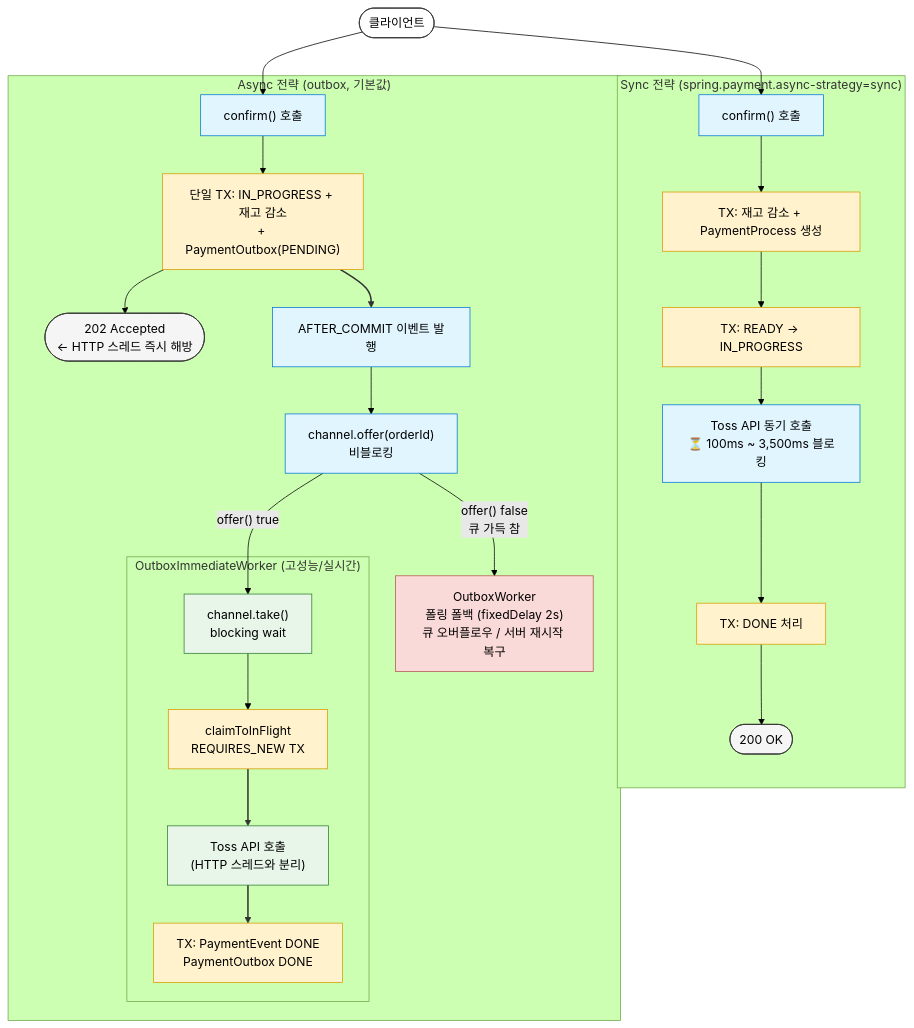
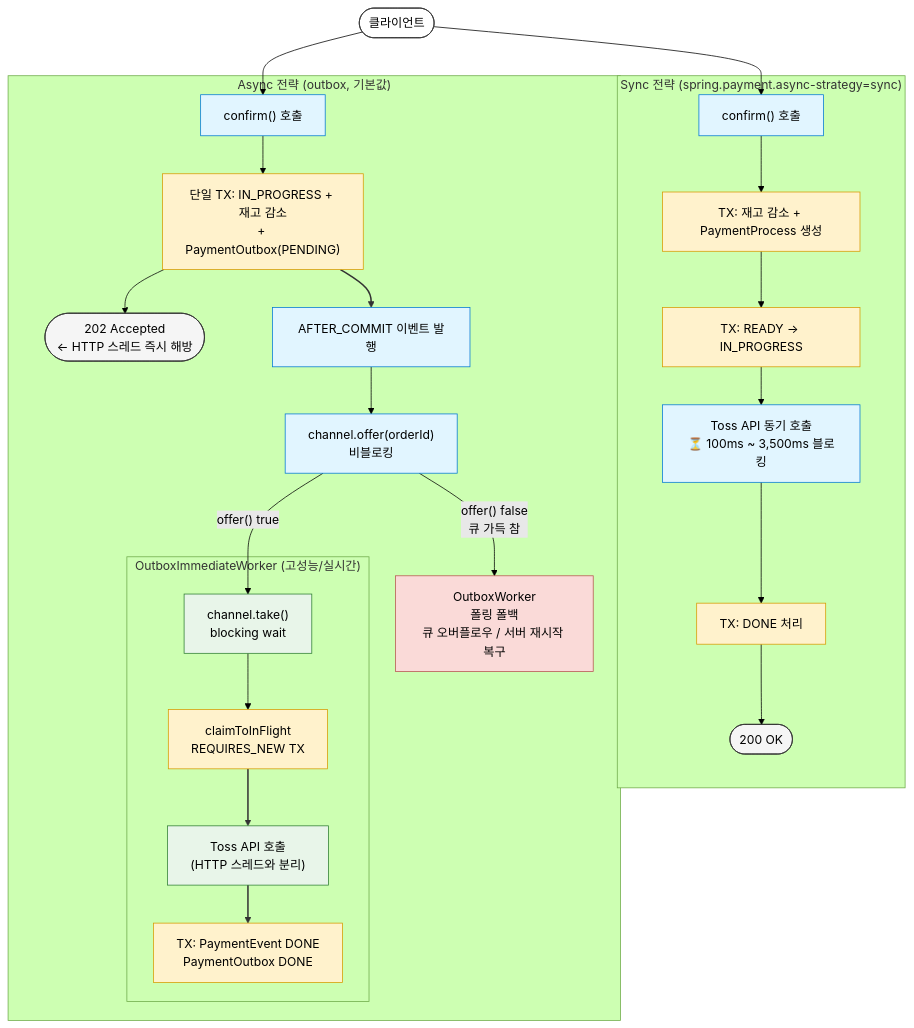
Before and after one commit to hyoguoo/payment-platform: the first of 5 diagrams in README.md, drawn with Mermaid (forest theme). The commit also changed other lines of this file, not shown here.

````diff
--- a/README.md
+++ b/README.md
@@ -38,48 +38,48 @@
 ```mermaid
 flowchart TD
 %% 클래스 정의 (가독성 및 역할 구분)
     classDef client fill: #FFFFFF, stroke: #333, color: #000
     classDef process fill: #E1F5FF, stroke: #0078D4, color: #000
     classDef tx fill: #FFF2CC, stroke: #D79B00, color: #000
     classDef worker fill: #E8F5E9, stroke: #2E7D32, color: #000
     classDef fallback fill: #FADAD8, stroke: #B85450, color: #000
     classDef response fill: #F5F5F5, stroke: #333, color: #000
     Client(["클라이언트"]):::client
 
     subgraph Sync["Sync 전략 (spring.payment.async-strategy=sync)"]
         S1["confirm() 호출"]:::process
         S2["TX: 재고 감소 + PaymentProcess 생성"]:::tx
         S3["TX: READY → IN_PROGRESS"]:::tx
         S4["Toss API 동기 호출\n⏳ 100ms ~ 3,500ms 블로킹"]:::process
         S5["TX: DONE 처리"]:::tx
         S6(["200 OK"]):::response
         S1 --> S2 --> S3 --> S4 --> S5 --> S6
     end
 
     subgraph Outbox["Async 전략 (outbox, 기본값)"]
         O1["confirm() 호출"]:::process
         O2["단일 TX: IN_PROGRESS + 재고 감소\n+ PaymentOutbox(PENDING)"]:::tx
         O3(["202 Accepted\n← HTTP 스레드 즉시 해방"]):::response
         O4["AFTER_COMMIT 이벤트 발행"]:::process
         O5["channel.offer(orderId)\n비블로킹"]:::process
 
         subgraph Workers["OutboxImmediateWorker (고성능/실시간)"]
             W1["channel.take()\nblocking wait"]:::worker
             W2["claimToInFlight\nREQUIRES_NEW TX"]:::tx
             W3["Toss API 호출\n(HTTP 스레드와 분리)"]:::worker
             W4["TX: PaymentEvent DONE\nPaymentOutbox DONE"]:::tx
         end
 
-        OFB["OutboxWorker\n폴링 폴백 (fixedDelay 2s)\n큐 오버플로우 / 서버 재시작 복구"]:::fallback
+        OFB["OutboxWorker\n폴링 폴백\n큐 오버플로우 / 서버 재시작 복구"]:::fallback
         O1 --> O2 --> O3
         O2 --> O4 --> O5
         O5 -->|" offer() true "| W1
         O5 -->|" offer() false\n큐 가득 참 "| OFB
         W1 --> W2 --> W3 --> W4
     end
 
     Client --> S1
     Client --> O1
 %% 스타일 보정 (연결선 가독성)
     linkStyle 7,12,13 stroke: #333, stroke-width: 2px, color: #000
 ```
````
